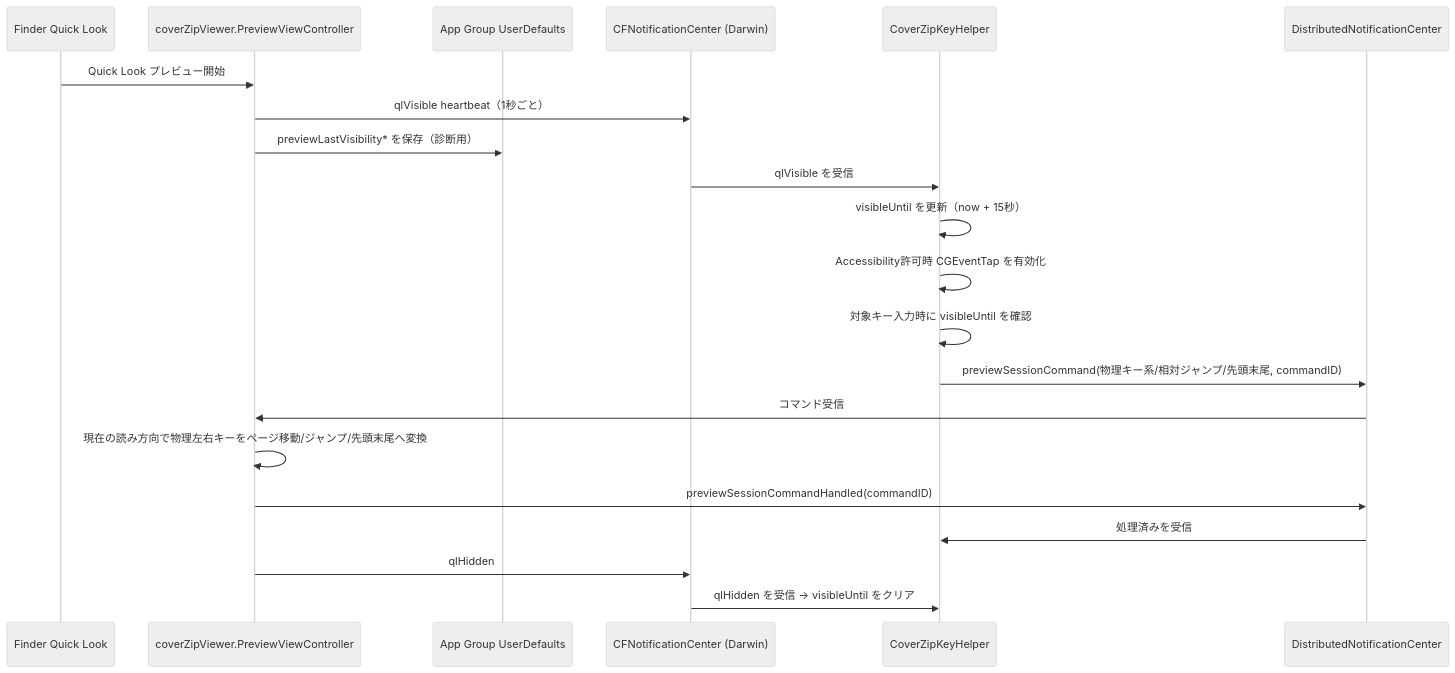
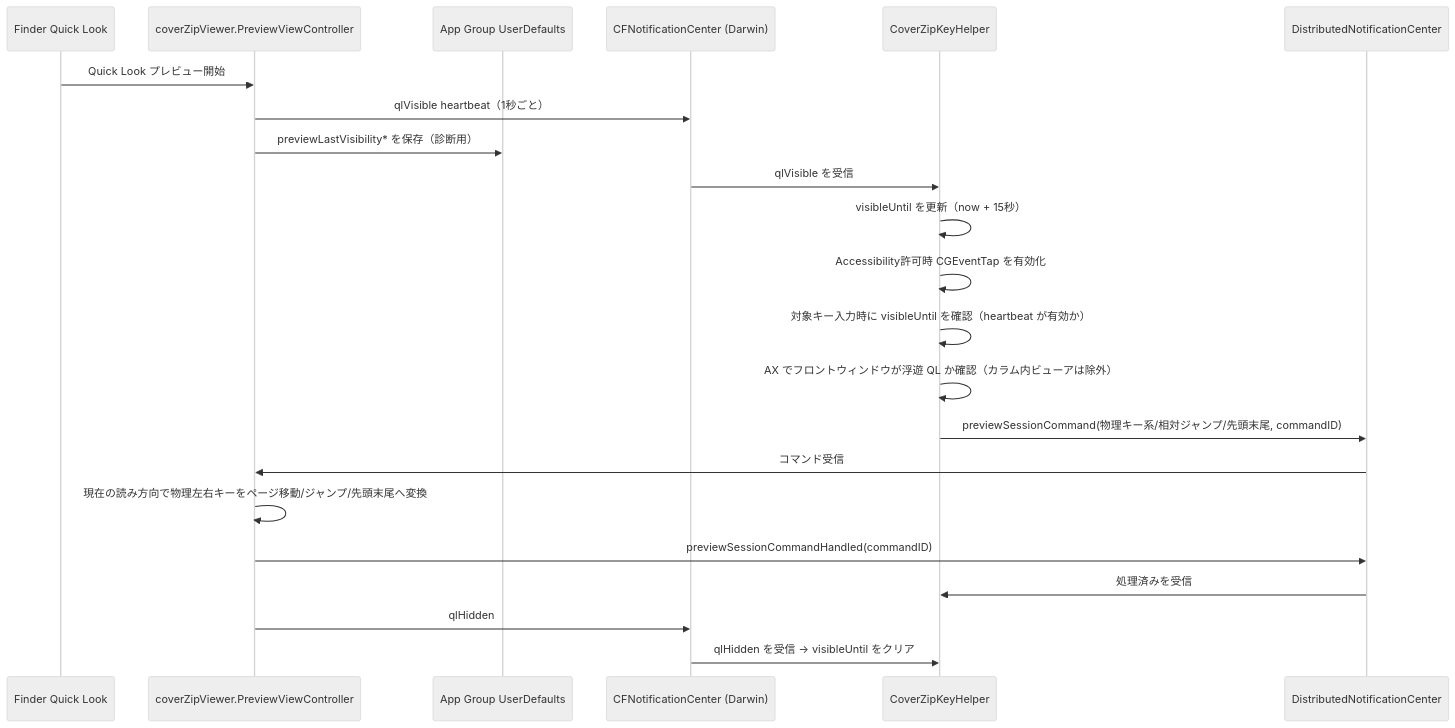
The fourth of 6 diagrams in flow.md (Nihondo/CoverZip), drawn with Mermaid (neutral theme) before and after one commit. The commit also changed other lines of this file and 2 other files, not shown here.

````diff
--- a/flow.md
+++ b/flow.md
@@ -116,24 +116,25 @@
 ```mermaid
 sequenceDiagram
     participant Finder as Finder Quick Look
     participant Preview as coverZipViewer.PreviewViewController
     participant Defaults as App Group UserDefaults
     participant Darwin as CFNotificationCenter (Darwin)
     participant Key as CoverZipKeyHelper
     participant DNC as DistributedNotificationCenter
 
     Finder->>Preview: Quick Look プレビュー開始
     Preview->>Darwin: qlVisible heartbeat（1秒ごと）
     Preview->>Defaults: previewLastVisibility* を保存（診断用）
     Darwin->>Key: qlVisible を受信
     Key->>Key: visibleUntil を更新（now + 15秒）
     Key->>Key: Accessibility許可時 CGEventTap を有効化
-    Key->>Key: 対象キー入力時に visibleUntil を確認
+    Key->>Key: 対象キー入力時に visibleUntil を確認（heartbeat が有効か）
+    Key->>Key: AX でフロントウィンドウが浮遊 QL か確認（カラム内ビューアは除外）
     Key->>DNC: previewSessionCommand(物理キー系/相対ジャンプ/先頭末尾, commandID)
     DNC->>Preview: コマンド受信
     Preview->>Preview: 現在の読み方向で物理左右キーをページ移動/ジャンプ/先頭末尾へ変換
     Preview->>DNC: previewSessionCommandHandled(commandID)
     DNC->>Key: 処理済みを受信
     Preview->>Darwin: qlHidden
     Darwin->>Key: qlHidden を受信 → visibleUntil をクリア
 ```
````
